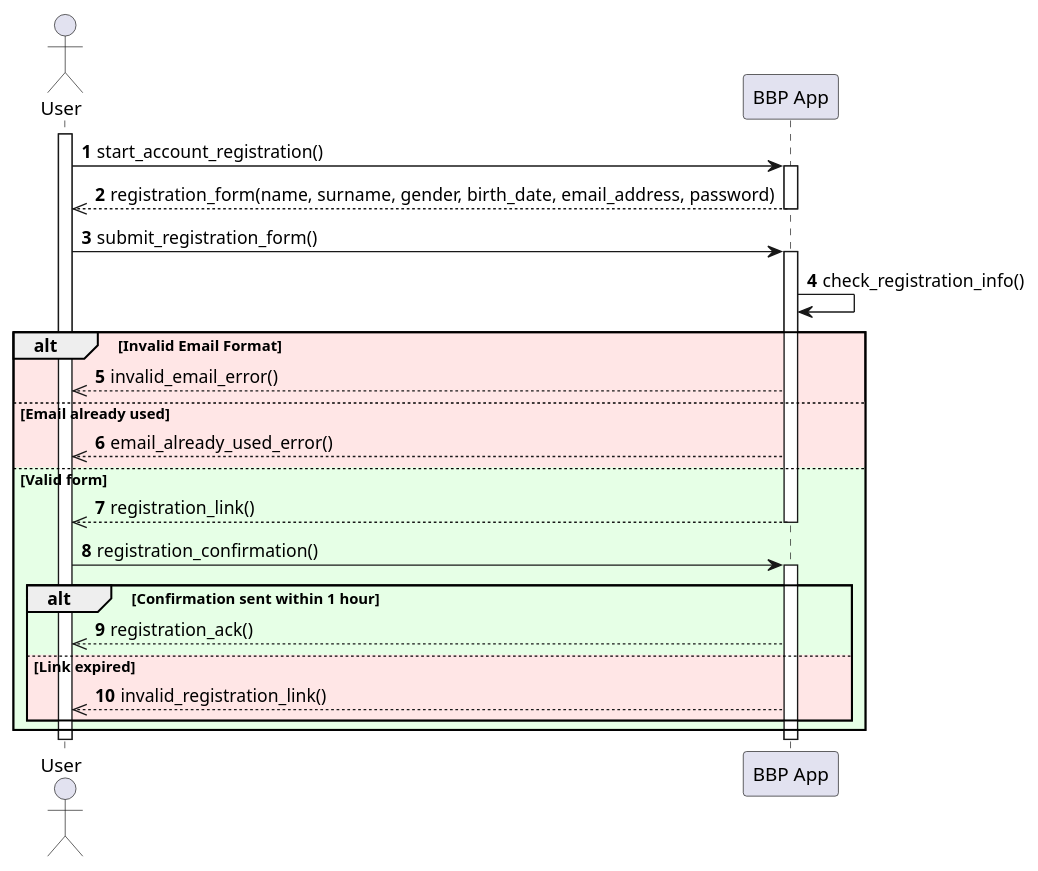
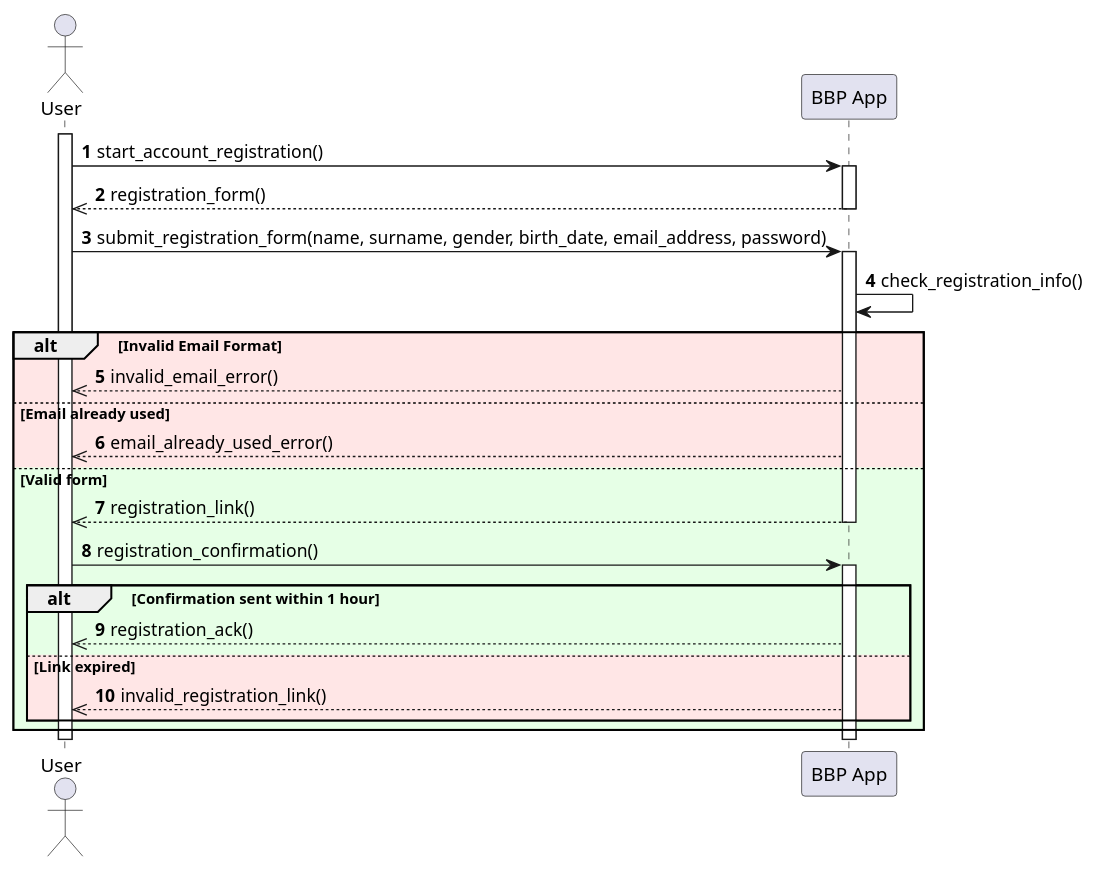
One commit to Guflie/PoliMi-SWE2-RDD-project changed the diagram in diagrams/RASD/sequence diagram/UC1_sequence_diagram.puml. Above: the diagram before and after it, drawn with PlantUML. The commit also changed 16 other files, not shown here.

Commit message:
[RASD] Updated and fixed Sequence Diagrams

```diff
--- a/diagrams/RASD/sequence diagram/UC1_sequence_diagram.puml
+++ b/diagrams/RASD/sequence diagram/UC1_sequence_diagram.puml
@@ -1,42 +1,42 @@
 @startuml uc1_sequence_diagram
 actor User
 participant "BBP App" as App
 
 autonumber
 
 activate User
 
 User -> App : start_account_registration()
 
 activate App
-App -->> User : registration_form(name, surname, gender, birth_date, email_address, password)
+App -->> User : registration_form()
 deactivate App
 
-User -> App : submit_registration_form()
+User -> App : submit_registration_form(name, surname, gender, birth_date, email_address, password)
 activate App
 App -> App : check_registration_info()
 
 alt #ffe6e6 Invalid Email Format
     App -->> User : invalid_email_error()
 
 else #ffe6e6 Email already used
     App -->> User : email_already_used_error()
 
 else #e6ffe6 Valid form
     App -->> User : registration_link()
 deactivate App
 
 User -> App : registration_confirmation()
 activate App
     alt #e6ffe6 Confirmation sent within 1 hour
         App -->> User : registration_ack()
     
     else #ffe6e6 Link expired
         App -->> User : invalid_registration_link()
 
     end
 end
 deactivate App
 
 deactivate User
 @enduml
```
